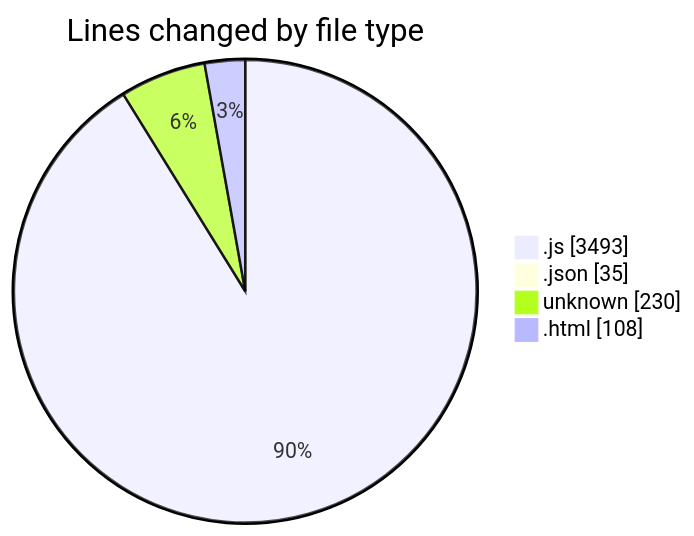
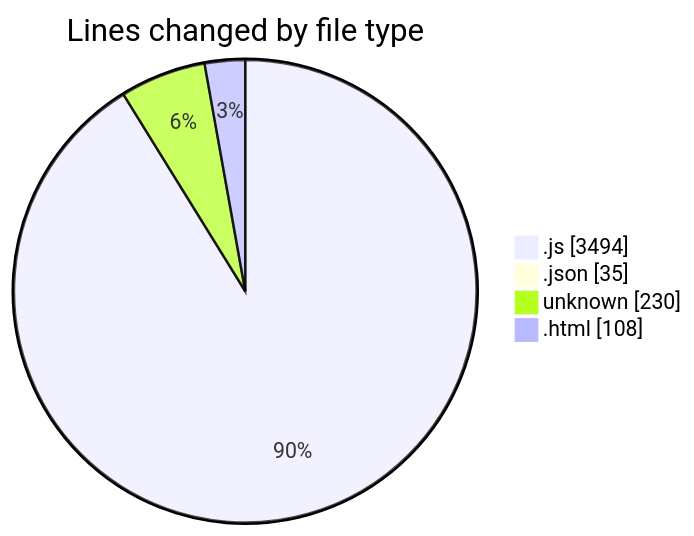
One commit to becaeroporto-bot/code-tracking changed the first of 2 diagrams in 2026-02-20/bot_i_a/README.md. Above: the diagram before and after it, drawn with Mermaid. The commit also changed other lines of this file and 1 other file, not shown here.

````diff
--- a/2026-02-20/bot_i_a/README.md
+++ b/2026-02-20/bot_i_a/README.md
@@ -44,8 +44,8 @@
 ```mermaid
 pie showData
 title Lines changed by file type
-".js" : 3493
+".js" : 3494
 ".json" : 35
 "unknown" : 230
 ".html" : 108
 ```
````
